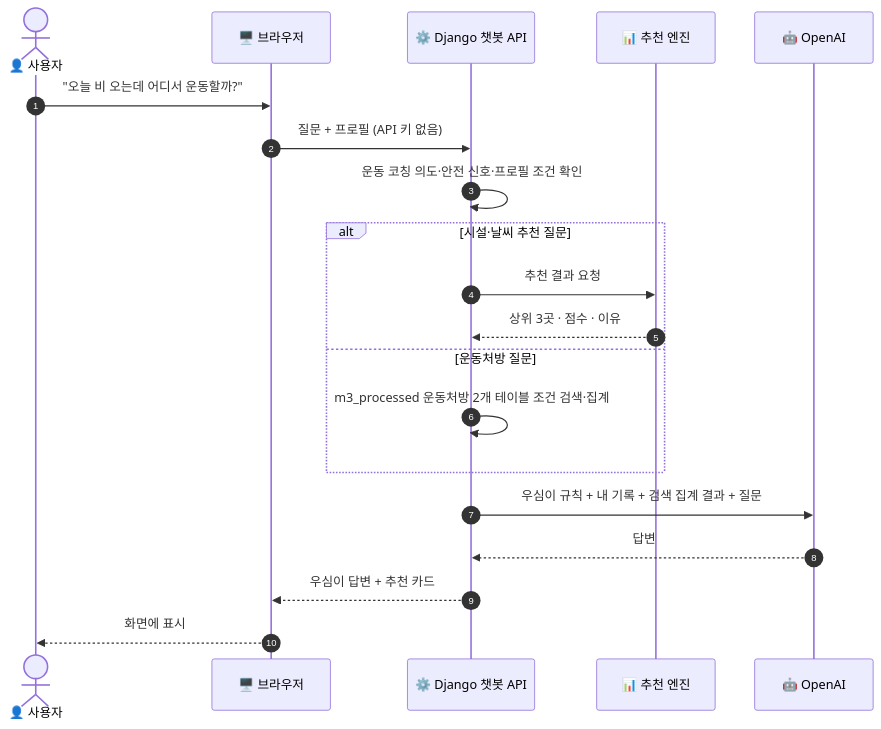
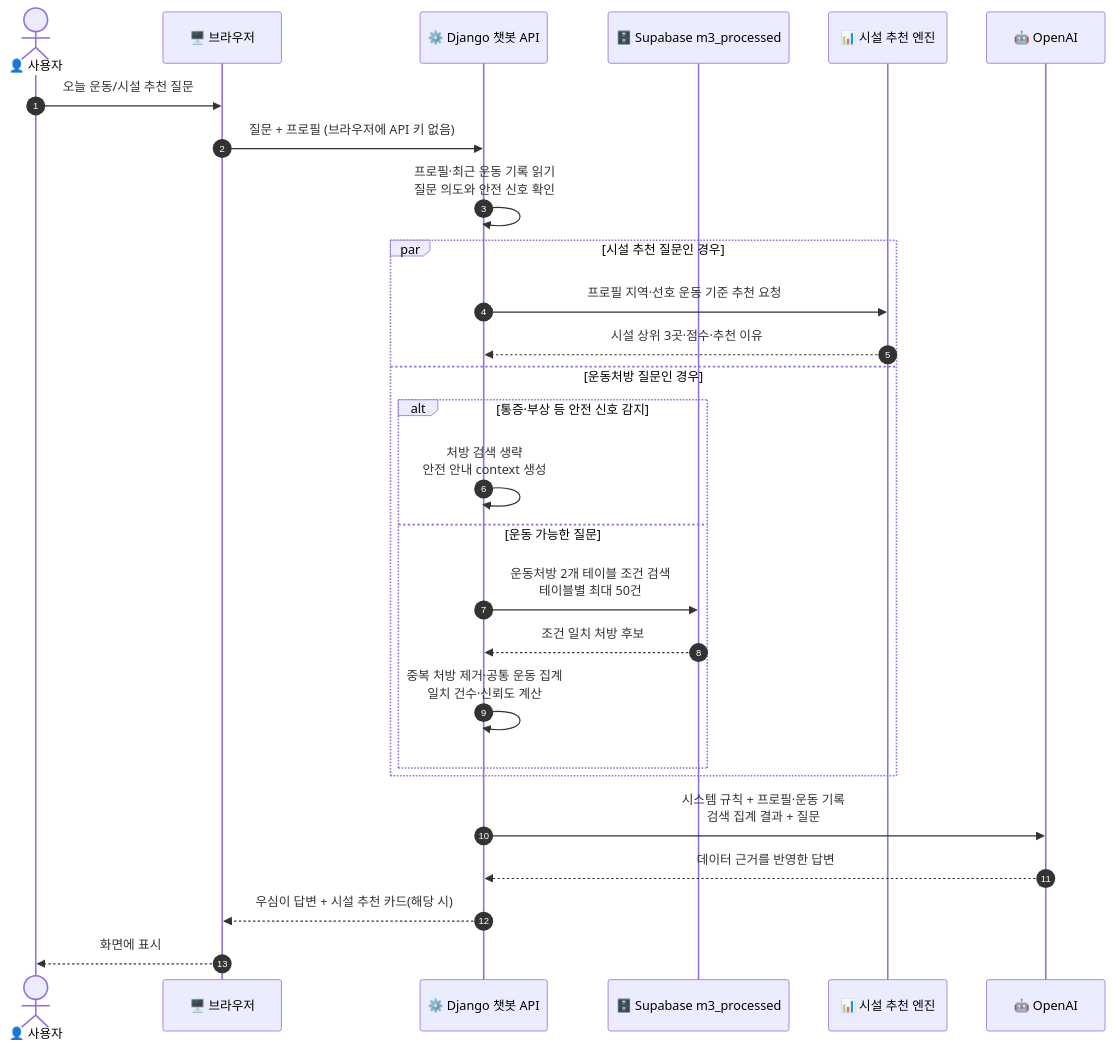
One commit to encore-ai-campus/mlo-02-p1-team3 changed the tenth of 18 diagrams in README.md. Above: the diagram before and after it, drawn with Mermaid.

Commit message:
docs: update AI coach sequence diagram

````diff
--- a/README.md
+++ b/README.md
@@ -722,23 +722,30 @@
 ```mermaid
 sequenceDiagram
     autonumber
     actor U as 👤 사용자
     participant B as 🖥️ 브라우저
     participant D as ⚙️ Django 챗봇 API
-    participant R as 📊 추천 엔진
+    participant M as 🗄️ Supabase m3_processed
+    participant R as 📊 시설 추천 엔진
     participant O as 🤖 OpenAI
 
-    U->>B: "오늘 비 오는데 어디서 운동할까?"
-    B->>D: 질문 + 프로필 (API 키 없음)
-    D->>D: 운동 코칭 의도·안전 신호·프로필 조건 확인
-    alt 시설·날씨 추천 질문
-        D->>R: 추천 결과 요청
-        R-->>D: 상위 3곳 · 점수 · 이유
-    else 운동처방 질문
-        D->>D: m3_processed 운동처방 2개 테이블 조건 검색·집계
+    U->>B: 오늘 운동/시설 추천 질문
+    B->>D: 질문 + 프로필 (브라우저에 API 키 없음)
+    D->>D: 프로필·최근 운동 기록 읽기<br/>질문 의도와 안전 신호 확인
+    par 시설 추천 질문인 경우
+        D->>R: 프로필 지역·선호 운동 기준 추천 요청
+        R-->>D: 시설 상위 3곳·점수·추천 이유
+    and 운동처방 질문인 경우
+        alt 통증·부상 등 안전 신호 감지
+            D->>D: 처방 검색 생략<br/>안전 안내 context 생성
+        else 운동 가능한 질문
+            D->>M: 운동처방 2개 테이블 조건 검색<br/>테이블별 최대 50건
+            M-->>D: 조건 일치 처방 후보
+            D->>D: 중복 처방 제거·공통 운동 집계<br/>일치 건수·신뢰도 계산
+        end
     end
-    D->>O: 우심이 규칙 + 내 기록 + 검색 집계 결과 + 질문
-    O-->>D: 답변
-    D-->>B: 우심이 답변 + 추천 카드
+    D->>O: 시스템 규칙 + 프로필·운동 기록<br/>검색 집계 결과 + 질문
+    O-->>D: 데이터 근거를 반영한 답변
+    D-->>B: 우심이 답변 + 시설 추천 카드(해당 시)
     B-->>U: 화면에 표시
 ```
````
